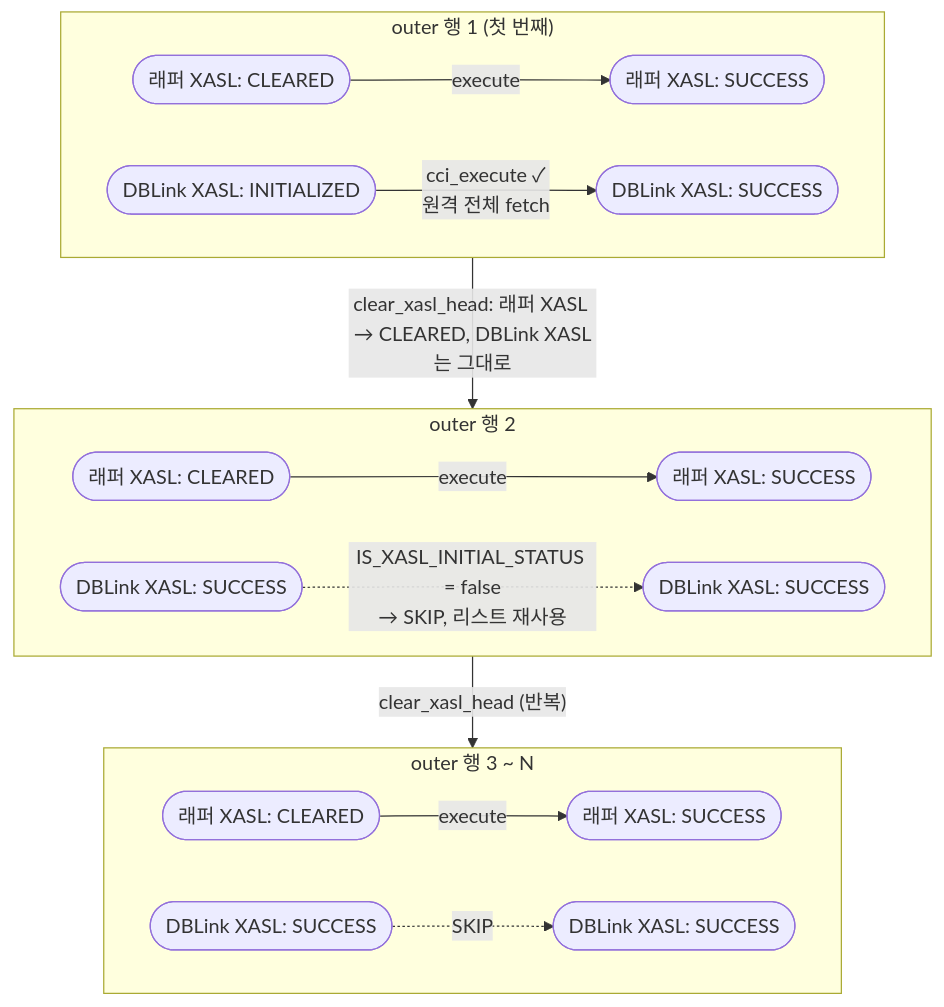
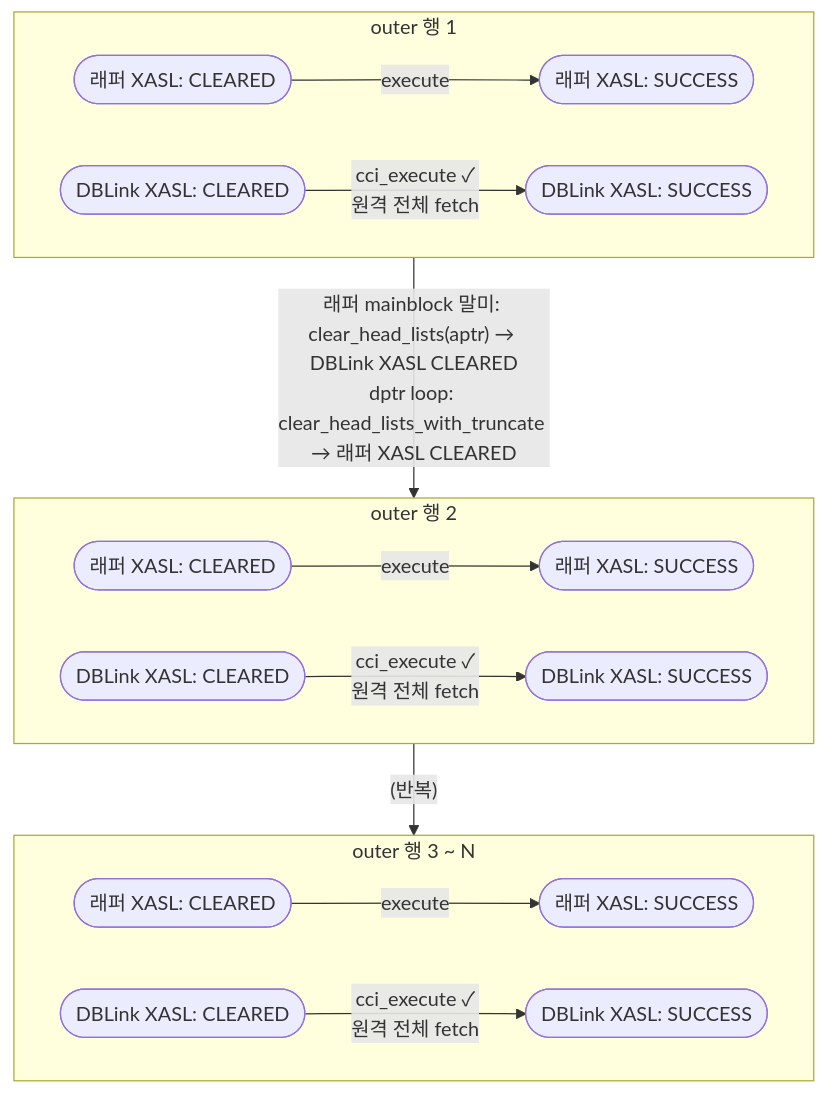
One commit to kwangsoochae/cubrid changed the second of 2 diagrams in CBRD-26601_dblink_correlated/docs/dblink_correlated_source_analysis.md. Above: the diagram before and after it, drawn with Mermaid. The commit also changed other lines of this file and 7 other files, not shown here.

````diff
--- a/CBRD-26601_dblink_correlated/docs/dblink_correlated_source_analysis.md
+++ b/CBRD-26601_dblink_correlated/docs/dblink_correlated_source_analysis.md
@@ -431,23 +431,23 @@
 ```mermaid
 flowchart TB
-  subgraph row1["outer 행 1 (첫 번째)"]
+  subgraph row1["outer 행 1"]
     direction LR
     W1S([래퍼 XASL: CLEARED]) -->|execute| W1E([래퍼 XASL: SUCCESS])
-    D1S([DBLink XASL: INITIALIZED]) -->|"cci_execute ✓\n원격 전체 fetch"| D1E([DBLink XASL: SUCCESS])
+    D1S([DBLink XASL: CLEARED]) -->|"cci_execute ✓\n원격 전체 fetch"| D1E([DBLink XASL: SUCCESS])
   end
 
   subgraph row2["outer 행 2"]
     direction LR
     W2S([래퍼 XASL: CLEARED]) -->|execute| W2E([래퍼 XASL: SUCCESS])
-    D2S([DBLink XASL: SUCCESS]) -. "IS_XASL_INITIAL_STATUS = false\n→ SKIP, 리스트 재사용" .-> D2E([DBLink XASL: SUCCESS])
+    D2S([DBLink XASL: CLEARED]) -->|"cci_execute ✓\n원격 전체 fetch"| D2E([DBLink XASL: SUCCESS])
   end
 
   subgraph rowN["outer 행 3 ~ N"]
     direction LR
     WNS([래퍼 XASL: CLEARED]) -->|execute| WNE([래퍼 XASL: SUCCESS])
-    DNS([DBLink XASL: SUCCESS]) -. "SKIP" .-> DNE([DBLink XASL: SUCCESS])
+    DNS([DBLink XASL: CLEARED]) -->|"cci_execute ✓\n원격 전체 fetch"| DNE([DBLink XASL: SUCCESS])
   end
 
-  row1 -->|"clear_xasl_head: 래퍼 XASL → CLEARED, DBLink XASL는 그대로"| row2
-  row2 -->|"clear_xasl_head (반복)"| rowN
+  row1 -->|"래퍼 mainblock 말미: clear_head_lists(aptr) → DBLink XASL CLEARED\ndptr loop: clear_head_lists_with_truncate → 래퍼 XASL CLEARED"| row2
+  row2 -->|"(반복)"| rowN
 ```
````
